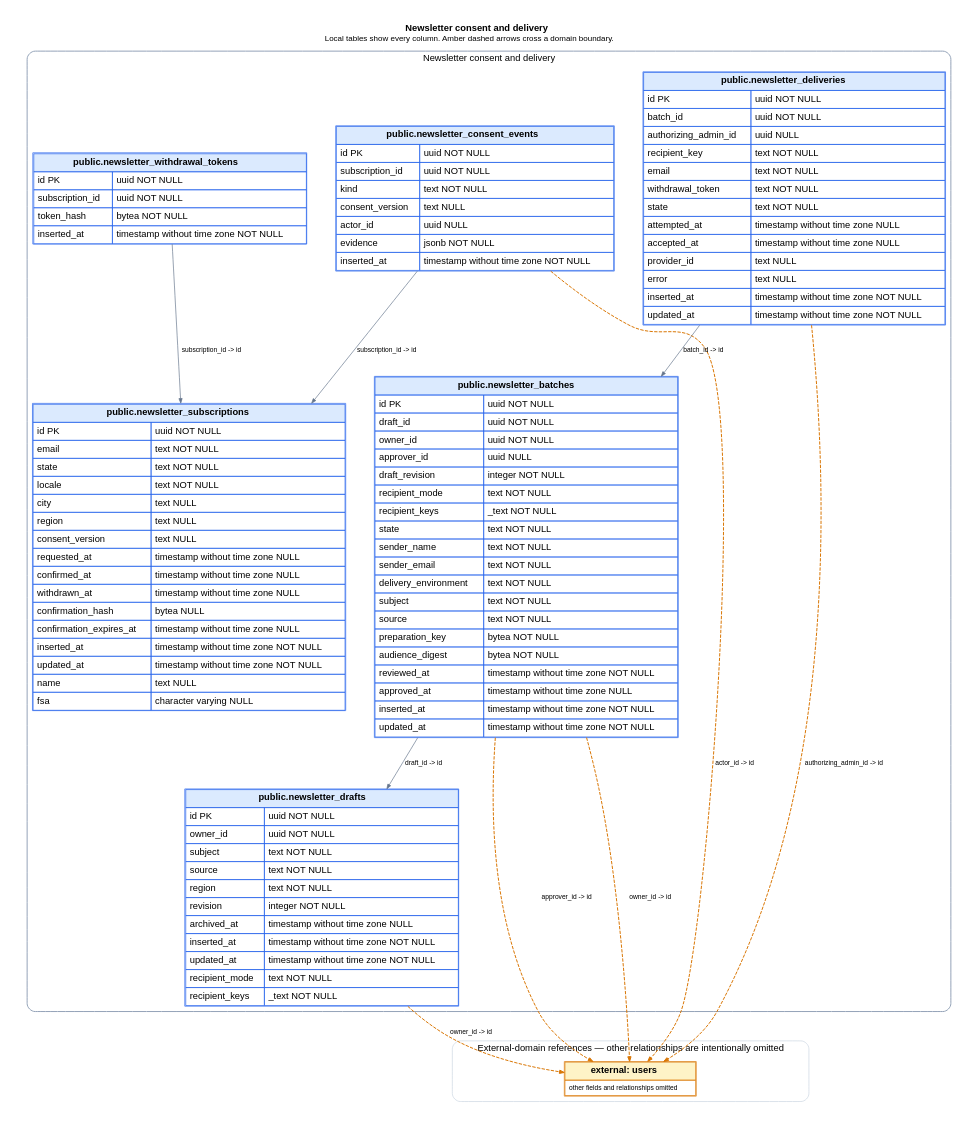
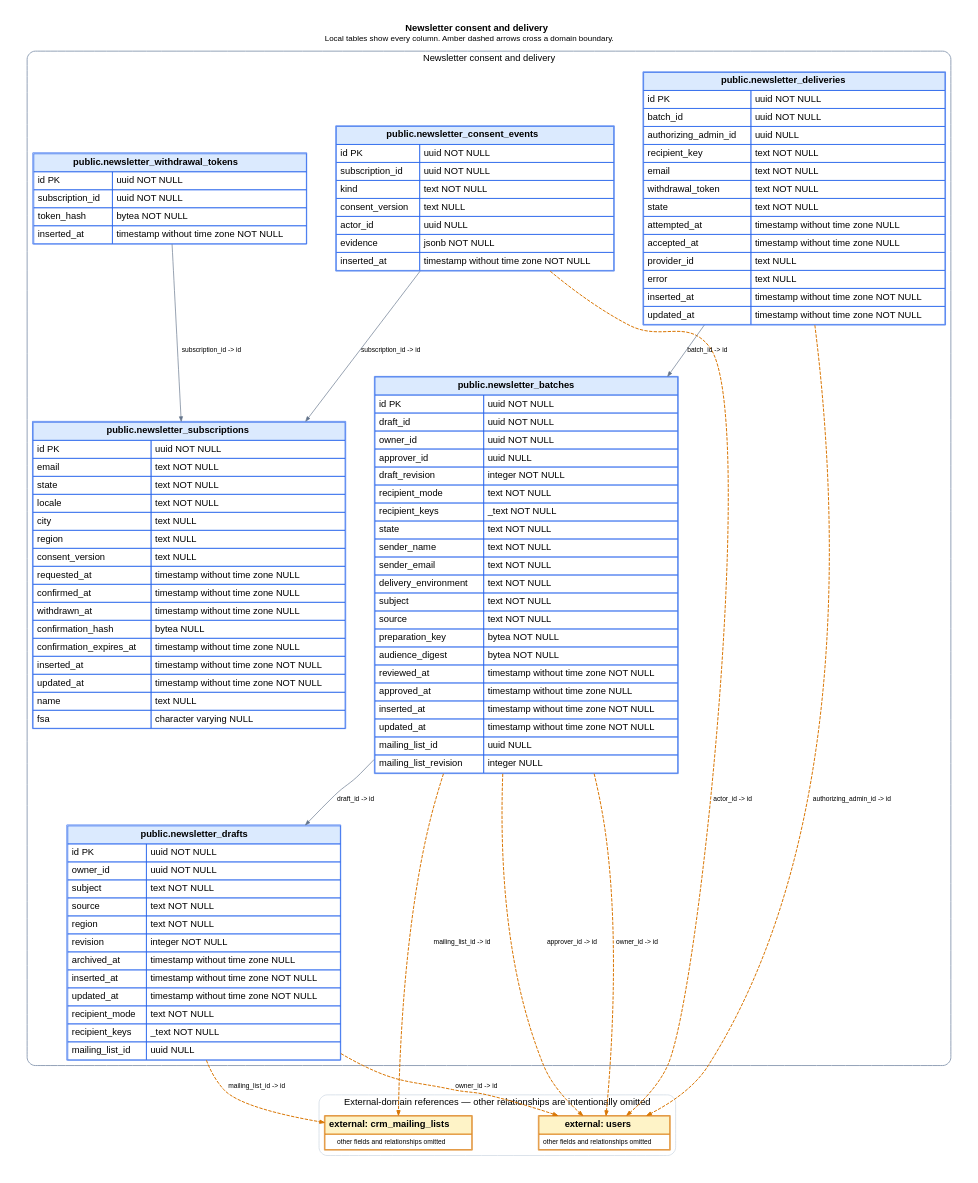
One commit to ogourment/pauseai.ca-website changed the diagram in docs/schema/domains/newsletter.dot. Above: the diagram before and after it, drawn with Graphviz. The commit also changed 25 other files, not shown here.

Commit message:
Add dynamic named newsletter lists and whole-list composition

```diff
--- a/docs/schema/domains/newsletter.dot
+++ b/docs/schema/domains/newsletter.dot
@@ -1,80 +1,89 @@
 digraph newsletter {
   graph [rankdir=TB, bgcolor="white", pad=0.35, nodesep=0.6, ranksep=0.9, fontname="Helvetica"];
   node [shape=plain, fontname="Helvetica"];
   edge [fontname="Helvetica", fontsize=10, arrowsize=0.7];
   labelloc="t";
   label=< <B>Newsletter consent and delivery</B><BR/><FONT POINT-SIZE="12">Local tables show every column. Amber dashed arrows cross a domain boundary.</FONT> >;
 
   subgraph cluster_local {
     label="Newsletter consent and delivery";
     color="#94a3b8";
     penwidth=1.5;
     style="rounded";
   "newsletter_subscriptions" [label=<
     <TABLE BORDER="1" CELLBORDER="1" CELLSPACING="0" CELLPADDING="5" COLOR="#2563eb">
       <TR><TD BGCOLOR="#dbeafe" COLSPAN="2"><B>public.newsletter_subscriptions</B></TD></TR>
       <TR><TD ALIGN="LEFT">id PK</TD><TD ALIGN="LEFT">uuid NOT NULL</TD></TR><TR><TD ALIGN="LEFT">email</TD><TD ALIGN="LEFT">text NOT NULL</TD></TR><TR><TD ALIGN="LEFT">state</TD><TD ALIGN="LEFT">text NOT NULL</TD></TR><TR><TD ALIGN="LEFT">locale</TD><TD ALIGN="LEFT">text NOT NULL</TD></TR><TR><TD ALIGN="LEFT">city</TD><TD ALIGN="LEFT">text NULL</TD></TR><TR><TD ALIGN="LEFT">region</TD><TD ALIGN="LEFT">text NULL</TD></TR><TR><TD ALIGN="LEFT">consent_version</TD><TD ALIGN="LEFT">text NULL</TD></TR><TR><TD ALIGN="LEFT">requested_at</TD><TD ALIGN="LEFT">timestamp without time zone NULL</TD></TR><TR><TD ALIGN="LEFT">confirmed_at</TD><TD ALIGN="LEFT">timestamp without time zone NULL</TD></TR><TR><TD ALIGN="LEFT">withdrawn_at</TD><TD ALIGN="LEFT">timestamp without time zone NULL</TD></TR><TR><TD ALIGN="LEFT">confirmation_hash</TD><TD ALIGN="LEFT">bytea NULL</TD></TR><TR><TD ALIGN="LEFT">confirmation_expires_at</TD><TD ALIGN="LEFT">timestamp without time zone NULL</TD></TR><TR><TD ALIGN="LEFT">inserted_at</TD><TD ALIGN="LEFT">timestamp without time zone NOT NULL</TD></TR><TR><TD ALIGN="LEFT">updated_at</TD><TD ALIGN="LEFT">timestamp without time zone NOT NULL</TD></TR><TR><TD ALIGN="LEFT">name</TD><TD ALIGN="LEFT">text NULL</TD></TR><TR><TD ALIGN="LEFT">fsa</TD><TD ALIGN="LEFT">character varying NULL</TD></TR>
     </TABLE>
   >];
 
   "newsletter_consent_events" [label=<
     <TABLE BORDER="1" CELLBORDER="1" CELLSPACING="0" CELLPADDING="5" COLOR="#2563eb">
       <TR><TD BGCOLOR="#dbeafe" COLSPAN="2"><B>public.newsletter_consent_events</B></TD></TR>
       <TR><TD ALIGN="LEFT">id PK</TD><TD ALIGN="LEFT">uuid NOT NULL</TD></TR><TR><TD ALIGN="LEFT">subscription_id</TD><TD ALIGN="LEFT">uuid NOT NULL</TD></TR><TR><TD ALIGN="LEFT">kind</TD><TD ALIGN="LEFT">text NOT NULL</TD></TR><TR><TD ALIGN="LEFT">consent_version</TD><TD ALIGN="LEFT">text NULL</TD></TR><TR><TD ALIGN="LEFT">actor_id</TD><TD ALIGN="LEFT">uuid NULL</TD></TR><TR><TD ALIGN="LEFT">evidence</TD><TD ALIGN="LEFT">jsonb NOT NULL</TD></TR><TR><TD ALIGN="LEFT">inserted_at</TD><TD ALIGN="LEFT">timestamp without time zone NOT NULL</TD></TR>
     </TABLE>
   >];
 
   "newsletter_withdrawal_tokens" [label=<
     <TABLE BORDER="1" CELLBORDER="1" CELLSPACING="0" CELLPADDING="5" COLOR="#2563eb">
       <TR><TD BGCOLOR="#dbeafe" COLSPAN="2"><B>public.newsletter_withdrawal_tokens</B></TD></TR>
       <TR><TD ALIGN="LEFT">id PK</TD><TD ALIGN="LEFT">uuid NOT NULL</TD></TR><TR><TD ALIGN="LEFT">subscription_id</TD><TD ALIGN="LEFT">uuid NOT NULL</TD></TR><TR><TD ALIGN="LEFT">token_hash</TD><TD ALIGN="LEFT">bytea NOT NULL</TD></TR><TR><TD ALIGN="LEFT">inserted_at</TD><TD ALIGN="LEFT">timestamp without time zone NOT NULL</TD></TR>
     </TABLE>
   >];
 
   "newsletter_drafts" [label=<
     <TABLE BORDER="1" CELLBORDER="1" CELLSPACING="0" CELLPADDING="5" COLOR="#2563eb">
       <TR><TD BGCOLOR="#dbeafe" COLSPAN="2"><B>public.newsletter_drafts</B></TD></TR>
-      <TR><TD ALIGN="LEFT">id PK</TD><TD ALIGN="LEFT">uuid NOT NULL</TD></TR><TR><TD ALIGN="LEFT">owner_id</TD><TD ALIGN="LEFT">uuid NOT NULL</TD></TR><TR><TD ALIGN="LEFT">subject</TD><TD ALIGN="LEFT">text NOT NULL</TD></TR><TR><TD ALIGN="LEFT">source</TD><TD ALIGN="LEFT">text NOT NULL</TD></TR><TR><TD ALIGN="LEFT">region</TD><TD ALIGN="LEFT">text NOT NULL</TD></TR><TR><TD ALIGN="LEFT">revision</TD><TD ALIGN="LEFT">integer NOT NULL</TD></TR><TR><TD ALIGN="LEFT">archived_at</TD><TD ALIGN="LEFT">timestamp without time zone NULL</TD></TR><TR><TD ALIGN="LEFT">inserted_at</TD><TD ALIGN="LEFT">timestamp without time zone NOT NULL</TD></TR><TR><TD ALIGN="LEFT">updated_at</TD><TD ALIGN="LEFT">timestamp without time zone NOT NULL</TD></TR><TR><TD ALIGN="LEFT">recipient_mode</TD><TD ALIGN="LEFT">text NOT NULL</TD></TR><TR><TD ALIGN="LEFT">recipient_keys</TD><TD ALIGN="LEFT">_text NOT NULL</TD></TR>
+      <TR><TD ALIGN="LEFT">id PK</TD><TD ALIGN="LEFT">uuid NOT NULL</TD></TR><TR><TD ALIGN="LEFT">owner_id</TD><TD ALIGN="LEFT">uuid NOT NULL</TD></TR><TR><TD ALIGN="LEFT">subject</TD><TD ALIGN="LEFT">text NOT NULL</TD></TR><TR><TD ALIGN="LEFT">source</TD><TD ALIGN="LEFT">text NOT NULL</TD></TR><TR><TD ALIGN="LEFT">region</TD><TD ALIGN="LEFT">text NOT NULL</TD></TR><TR><TD ALIGN="LEFT">revision</TD><TD ALIGN="LEFT">integer NOT NULL</TD></TR><TR><TD ALIGN="LEFT">archived_at</TD><TD ALIGN="LEFT">timestamp without time zone NULL</TD></TR><TR><TD ALIGN="LEFT">inserted_at</TD><TD ALIGN="LEFT">timestamp without time zone NOT NULL</TD></TR><TR><TD ALIGN="LEFT">updated_at</TD><TD ALIGN="LEFT">timestamp without time zone NOT NULL</TD></TR><TR><TD ALIGN="LEFT">recipient_mode</TD><TD ALIGN="LEFT">text NOT NULL</TD></TR><TR><TD ALIGN="LEFT">recipient_keys</TD><TD ALIGN="LEFT">_text NOT NULL</TD></TR><TR><TD ALIGN="LEFT">mailing_list_id</TD><TD ALIGN="LEFT">uuid NULL</TD></TR>
     </TABLE>
   >];
 
   "newsletter_batches" [label=<
     <TABLE BORDER="1" CELLBORDER="1" CELLSPACING="0" CELLPADDING="5" COLOR="#2563eb">
       <TR><TD BGCOLOR="#dbeafe" COLSPAN="2"><B>public.newsletter_batches</B></TD></TR>
-      <TR><TD ALIGN="LEFT">id PK</TD><TD ALIGN="LEFT">uuid NOT NULL</TD></TR><TR><TD ALIGN="LEFT">draft_id</TD><TD ALIGN="LEFT">uuid NOT NULL</TD></TR><TR><TD ALIGN="LEFT">owner_id</TD><TD ALIGN="LEFT">uuid NOT NULL</TD></TR><TR><TD ALIGN="LEFT">approver_id</TD><TD ALIGN="LEFT">uuid NULL</TD></TR><TR><TD ALIGN="LEFT">draft_revision</TD><TD ALIGN="LEFT">integer NOT NULL</TD></TR><TR><TD ALIGN="LEFT">recipient_mode</TD><TD ALIGN="LEFT">text NOT NULL</TD></TR><TR><TD ALIGN="LEFT">recipient_keys</TD><TD ALIGN="LEFT">_text NOT NULL</TD></TR><TR><TD ALIGN="LEFT">state</TD><TD ALIGN="LEFT">text NOT NULL</TD></TR><TR><TD ALIGN="LEFT">sender_name</TD><TD ALIGN="LEFT">text NOT NULL</TD></TR><TR><TD ALIGN="LEFT">sender_email</TD><TD ALIGN="LEFT">text NOT NULL</TD></TR><TR><TD ALIGN="LEFT">delivery_environment</TD><TD ALIGN="LEFT">text NOT NULL</TD></TR><TR><TD ALIGN="LEFT">subject</TD><TD ALIGN="LEFT">text NOT NULL</TD></TR><TR><TD ALIGN="LEFT">source</TD><TD ALIGN="LEFT">text NOT NULL</TD></TR><TR><TD ALIGN="LEFT">preparation_key</TD><TD ALIGN="LEFT">bytea NOT NULL</TD></TR><TR><TD ALIGN="LEFT">audience_digest</TD><TD ALIGN="LEFT">bytea NOT NULL</TD></TR><TR><TD ALIGN="LEFT">reviewed_at</TD><TD ALIGN="LEFT">timestamp without time zone NOT NULL</TD></TR><TR><TD ALIGN="LEFT">approved_at</TD><TD ALIGN="LEFT">timestamp without time zone NULL</TD></TR><TR><TD ALIGN="LEFT">inserted_at</TD><TD ALIGN="LEFT">timestamp without time zone NOT NULL</TD></TR><TR><TD ALIGN="LEFT">updated_at</TD><TD ALIGN="LEFT">timestamp without time zone NOT NULL</TD></TR>
+      <TR><TD ALIGN="LEFT">id PK</TD><TD ALIGN="LEFT">uuid NOT NULL</TD></TR><TR><TD ALIGN="LEFT">draft_id</TD><TD ALIGN="LEFT">uuid NOT NULL</TD></TR><TR><TD ALIGN="LEFT">owner_id</TD><TD ALIGN="LEFT">uuid NOT NULL</TD></TR><TR><TD ALIGN="LEFT">approver_id</TD><TD ALIGN="LEFT">uuid NULL</TD></TR><TR><TD ALIGN="LEFT">draft_revision</TD><TD ALIGN="LEFT">integer NOT NULL</TD></TR><TR><TD ALIGN="LEFT">recipient_mode</TD><TD ALIGN="LEFT">text NOT NULL</TD></TR><TR><TD ALIGN="LEFT">recipient_keys</TD><TD ALIGN="LEFT">_text NOT NULL</TD></TR><TR><TD ALIGN="LEFT">state</TD><TD ALIGN="LEFT">text NOT NULL</TD></TR><TR><TD ALIGN="LEFT">sender_name</TD><TD ALIGN="LEFT">text NOT NULL</TD></TR><TR><TD ALIGN="LEFT">sender_email</TD><TD ALIGN="LEFT">text NOT NULL</TD></TR><TR><TD ALIGN="LEFT">delivery_environment</TD><TD ALIGN="LEFT">text NOT NULL</TD></TR><TR><TD ALIGN="LEFT">subject</TD><TD ALIGN="LEFT">text NOT NULL</TD></TR><TR><TD ALIGN="LEFT">source</TD><TD ALIGN="LEFT">text NOT NULL</TD></TR><TR><TD ALIGN="LEFT">preparation_key</TD><TD ALIGN="LEFT">bytea NOT NULL</TD></TR><TR><TD ALIGN="LEFT">audience_digest</TD><TD ALIGN="LEFT">bytea NOT NULL</TD></TR><TR><TD ALIGN="LEFT">reviewed_at</TD><TD ALIGN="LEFT">timestamp without time zone NOT NULL</TD></TR><TR><TD ALIGN="LEFT">approved_at</TD><TD ALIGN="LEFT">timestamp without time zone NULL</TD></TR><TR><TD ALIGN="LEFT">inserted_at</TD><TD ALIGN="LEFT">timestamp without time zone NOT NULL</TD></TR><TR><TD ALIGN="LEFT">updated_at</TD><TD ALIGN="LEFT">timestamp without time zone NOT NULL</TD></TR><TR><TD ALIGN="LEFT">mailing_list_id</TD><TD ALIGN="LEFT">uuid NULL</TD></TR><TR><TD ALIGN="LEFT">mailing_list_revision</TD><TD ALIGN="LEFT">integer NULL</TD></TR>
     </TABLE>
   >];
 
   "newsletter_deliveries" [label=<
     <TABLE BORDER="1" CELLBORDER="1" CELLSPACING="0" CELLPADDING="5" COLOR="#2563eb">
       <TR><TD BGCOLOR="#dbeafe" COLSPAN="2"><B>public.newsletter_deliveries</B></TD></TR>
       <TR><TD ALIGN="LEFT">id PK</TD><TD ALIGN="LEFT">uuid NOT NULL</TD></TR><TR><TD ALIGN="LEFT">batch_id</TD><TD ALIGN="LEFT">uuid NOT NULL</TD></TR><TR><TD ALIGN="LEFT">authorizing_admin_id</TD><TD ALIGN="LEFT">uuid NULL</TD></TR><TR><TD ALIGN="LEFT">recipient_key</TD><TD ALIGN="LEFT">text NOT NULL</TD></TR><TR><TD ALIGN="LEFT">email</TD><TD ALIGN="LEFT">text NOT NULL</TD></TR><TR><TD ALIGN="LEFT">withdrawal_token</TD><TD ALIGN="LEFT">text NOT NULL</TD></TR><TR><TD ALIGN="LEFT">state</TD><TD ALIGN="LEFT">text NOT NULL</TD></TR><TR><TD ALIGN="LEFT">attempted_at</TD><TD ALIGN="LEFT">timestamp without time zone NULL</TD></TR><TR><TD ALIGN="LEFT">accepted_at</TD><TD ALIGN="LEFT">timestamp without time zone NULL</TD></TR><TR><TD ALIGN="LEFT">provider_id</TD><TD ALIGN="LEFT">text NULL</TD></TR><TR><TD ALIGN="LEFT">error</TD><TD ALIGN="LEFT">text NULL</TD></TR><TR><TD ALIGN="LEFT">inserted_at</TD><TD ALIGN="LEFT">timestamp without time zone NOT NULL</TD></TR><TR><TD ALIGN="LEFT">updated_at</TD><TD ALIGN="LEFT">timestamp without time zone NOT NULL</TD></TR>
     </TABLE>
   >];
 
   }
 
   subgraph cluster_external {
     label="External-domain references — other relationships are intentionally omitted";
     color="#cbd5e1";
     penwidth=1;
     style="rounded";
+  "crm_mailing_lists" [label=<
+    <TABLE BORDER="1" CELLBORDER="1" CELLSPACING="0" CELLPADDING="5" COLOR="#d97706">
+      <TR><TD BGCOLOR="#fef3c7"><B>external: crm_mailing_lists</B></TD></TR>
+      <TR><TD><FONT POINT-SIZE="10">other fields and relationships omitted</FONT></TD></TR>
+    </TABLE>
+  >];
+
   "users" [label=<
     <TABLE BORDER="1" CELLBORDER="1" CELLSPACING="0" CELLPADDING="5" COLOR="#d97706">
       <TR><TD BGCOLOR="#fef3c7"><B>external: users</B></TD></TR>
       <TR><TD><FONT POINT-SIZE="10">other fields and relationships omitted</FONT></TD></TR>
     </TABLE>
   >];
 
   }
 
   "newsletter_batches" -> "users" [label="approver_id -> id", color="#d97706", style="dashed", penwidth=1.5];
   "newsletter_batches" -> "newsletter_drafts" [label="draft_id -> id", color="#64748b"];
+  "newsletter_batches" -> "crm_mailing_lists" [label="mailing_list_id -> id", color="#d97706", style="dashed", penwidth=1.5];
   "newsletter_batches" -> "users" [label="owner_id -> id", color="#d97706", style="dashed", penwidth=1.5];
   "newsletter_consent_events" -> "users" [label="actor_id -> id", color="#d97706", style="dashed", penwidth=1.5];
   "newsletter_consent_events" -> "newsletter_subscriptions" [label="subscription_id -> id", color="#64748b"];
   "newsletter_deliveries" -> "users" [label="authorizing_admin_id -> id", color="#d97706", style="dashed", penwidth=1.5];
   "newsletter_deliveries" -> "newsletter_batches" [label="batch_id -> id", color="#64748b"];
+  "newsletter_drafts" -> "crm_mailing_lists" [label="mailing_list_id -> id", color="#d97706", style="dashed", penwidth=1.5];
   "newsletter_drafts" -> "users" [label="owner_id -> id", color="#d97706", style="dashed", penwidth=1.5];
   "newsletter_withdrawal_tokens" -> "newsletter_subscriptions" [label="subscription_id -> id", color="#64748b"];
 }
```
